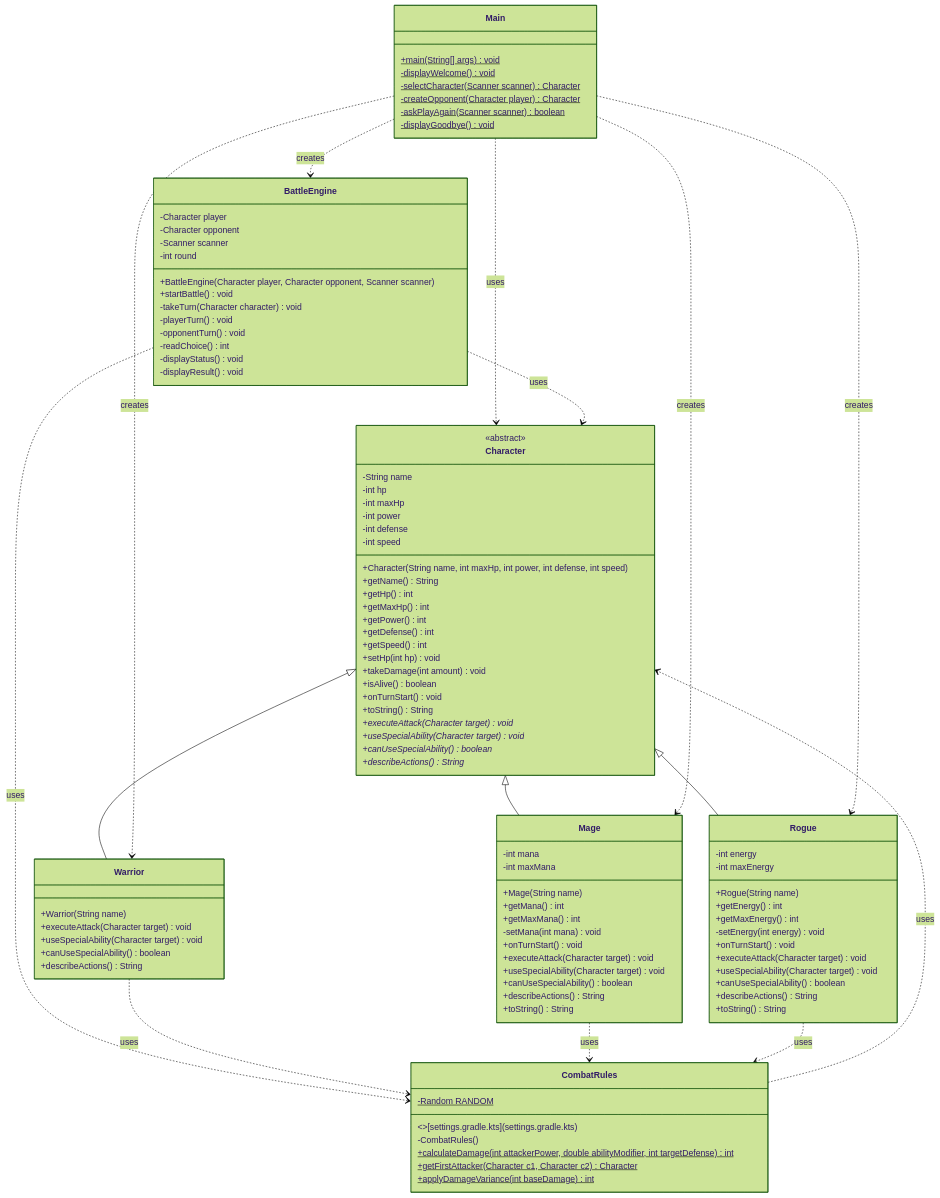
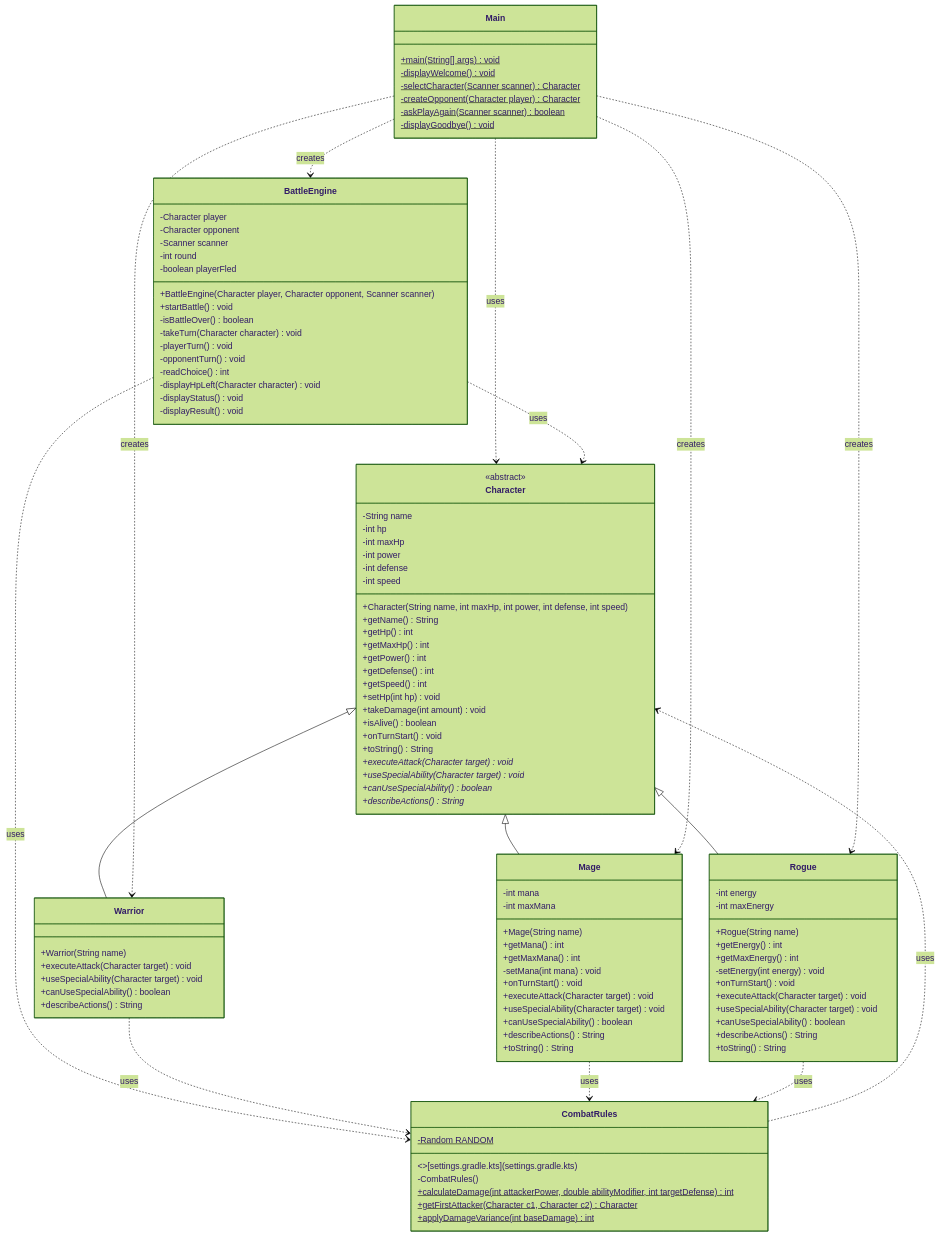
One commit to Bilaljanir/JavaGame changed the diagram in README.md. Above: the diagram before and after it, drawn with Mermaid (forest theme). The commit also changed 4 other files, not shown here.

```diff
--- a/README.md
+++ b/README.md
@@ -39,12 +39,15 @@
         -Character opponent
         -Scanner scanner
         -int round
+        -boolean playerFled
         +BattleEngine(Character player, Character opponent, Scanner scanner)
         +startBattle() void
+        -isBattleOver() boolean
         -takeTurn(Character character) void
         -playerTurn() void
         -opponentTurn() void
         -readChoice() int
+        -displayHpLeft(Character character) void
         -displayStatus() void
         -displayResult() void
     }
```
